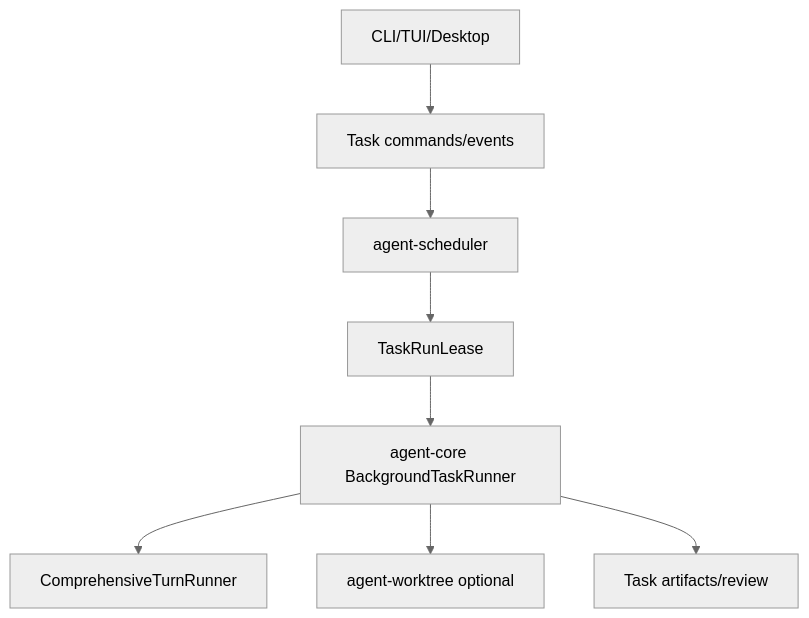
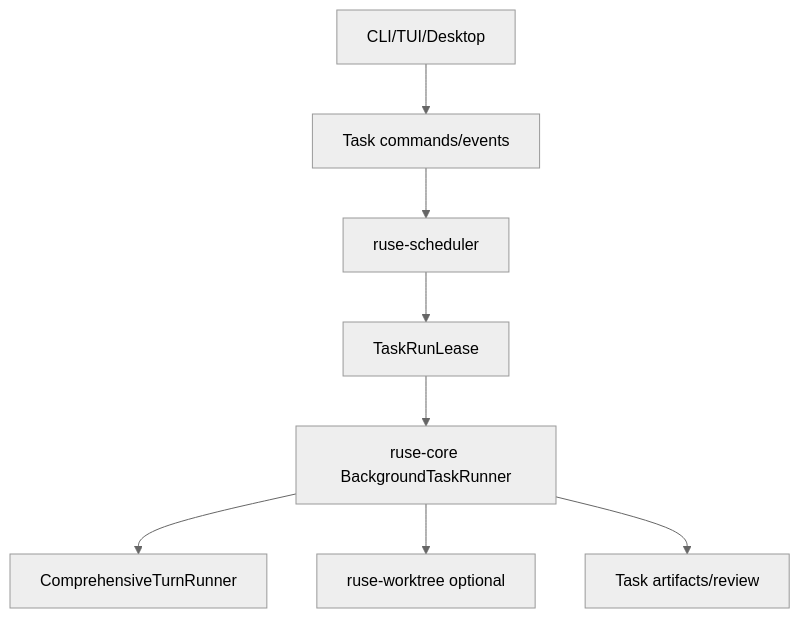
Before and after one commit to poneding/agent: the diagram in docs/specs/M24-00-background-agents-technical-design.spec.md, drawn with Mermaid (neutral theme). The commit also changed other lines of this file and 2091 other files, not shown here.

First line of the commit message:
refactor: rename agent branding to ruse

````diff
--- a/docs/specs/M24-00-background-agents-technical-design.spec.md
+++ b/docs/specs/M24-00-background-agents-technical-design.spec.md
@@ -35,10 +35,10 @@
 ```mermaid
 flowchart TD
   UI["CLI/TUI/Desktop"] --> Bridge["Task commands/events"]
-  Bridge --> Scheduler["agent-scheduler"]
+  Bridge --> Scheduler["ruse-scheduler"]
   Scheduler --> Lease["TaskRunLease"]
-  Lease --> Runner["agent-core BackgroundTaskRunner"]
+  Lease --> Runner["ruse-core BackgroundTaskRunner"]
   Runner --> Turn["ComprehensiveTurnRunner"]
-  Runner --> Worktree["agent-worktree optional"]
+  Runner --> Worktree["ruse-worktree optional"]
   Runner --> Artifacts["Task artifacts/review"]
 ```
````
